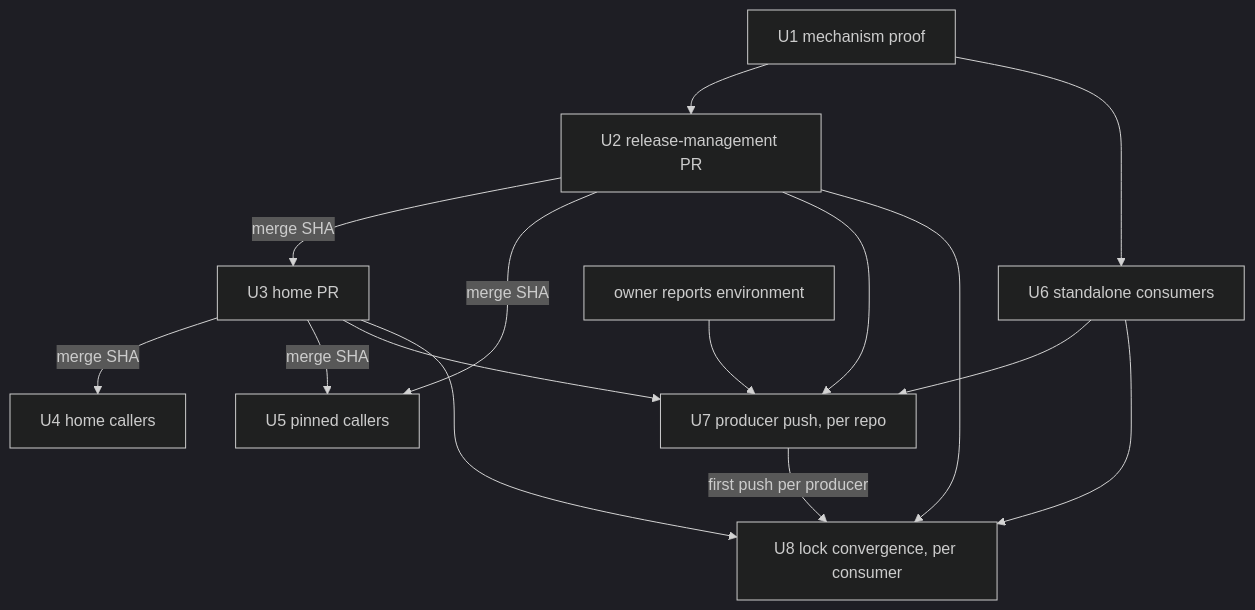
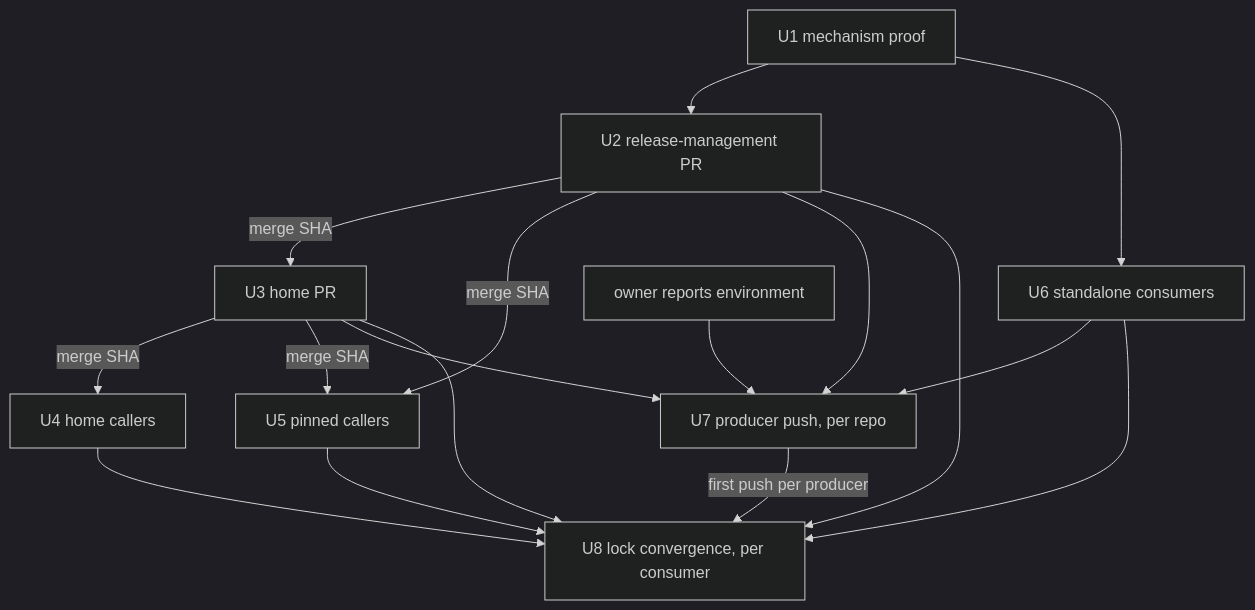
One commit to systemfsoftware/systemfsoftware changed the diagram in docs/plans/2026-11-10-0245-ci-public-nix-cache-rollout-plan.md. Above: the diagram before and after it, drawn with Mermaid (dark theme). The commit also changed other lines of this file, not shown here.

````diff
--- a/docs/plans/2026-11-10-0245-ci-public-nix-cache-rollout-plan.md
+++ b/docs/plans/2026-11-10-0245-ci-public-nix-cache-rollout-plan.md
@@ -159,17 +160,19 @@
 ```mermaid
 flowchart TB
   U1[U1 mechanism proof] --> U2[U2 release-management PR]
   U2 -->|merge SHA| U3[U3 home PR]
   U2 -->|merge SHA| U5[U5 pinned callers]
   U3 -->|merge SHA| U4[U4 home callers]
   U3 -->|merge SHA| U5
   U1 --> U6[U6 standalone consumers]
   U2 --> U7[U7 producer push, per repo]
   U3 --> U7
   U6 --> U7
   OWN[owner reports environment] --> U7
   U2 --> U8[U8 lock convergence, per consumer]
   U3 --> U8
   U6 --> U8
+  U4 --> U8
+  U5 --> U8
   U7 -->|first push per producer| U8
 ```
````
